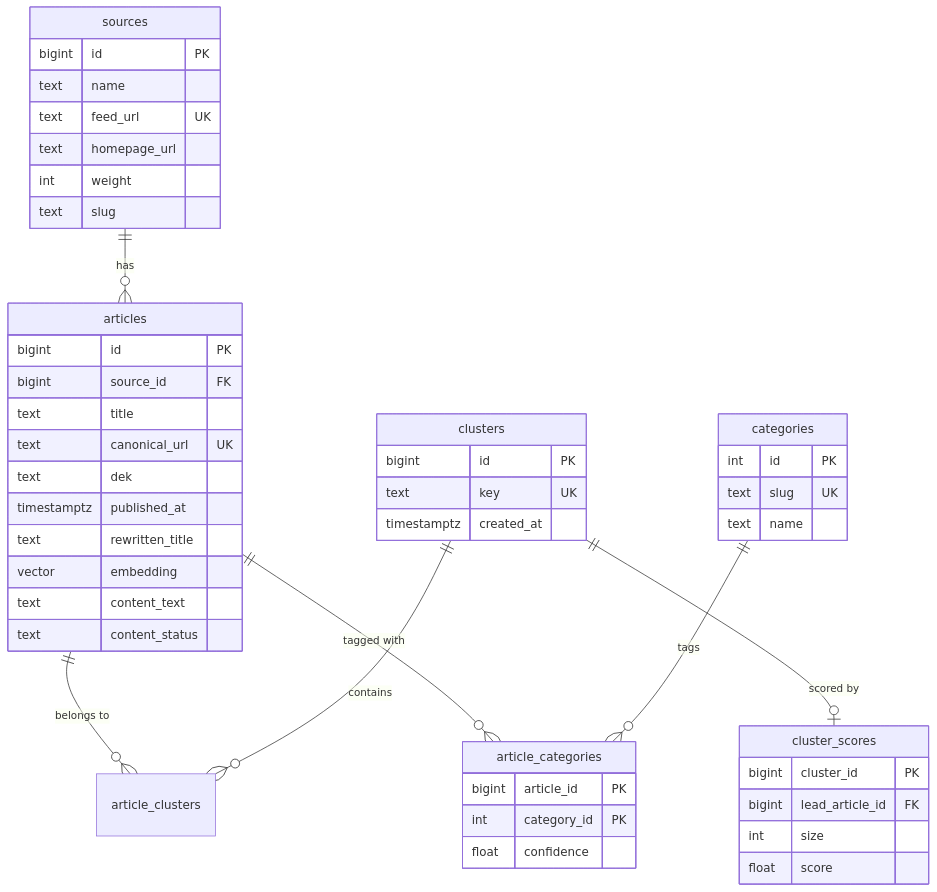
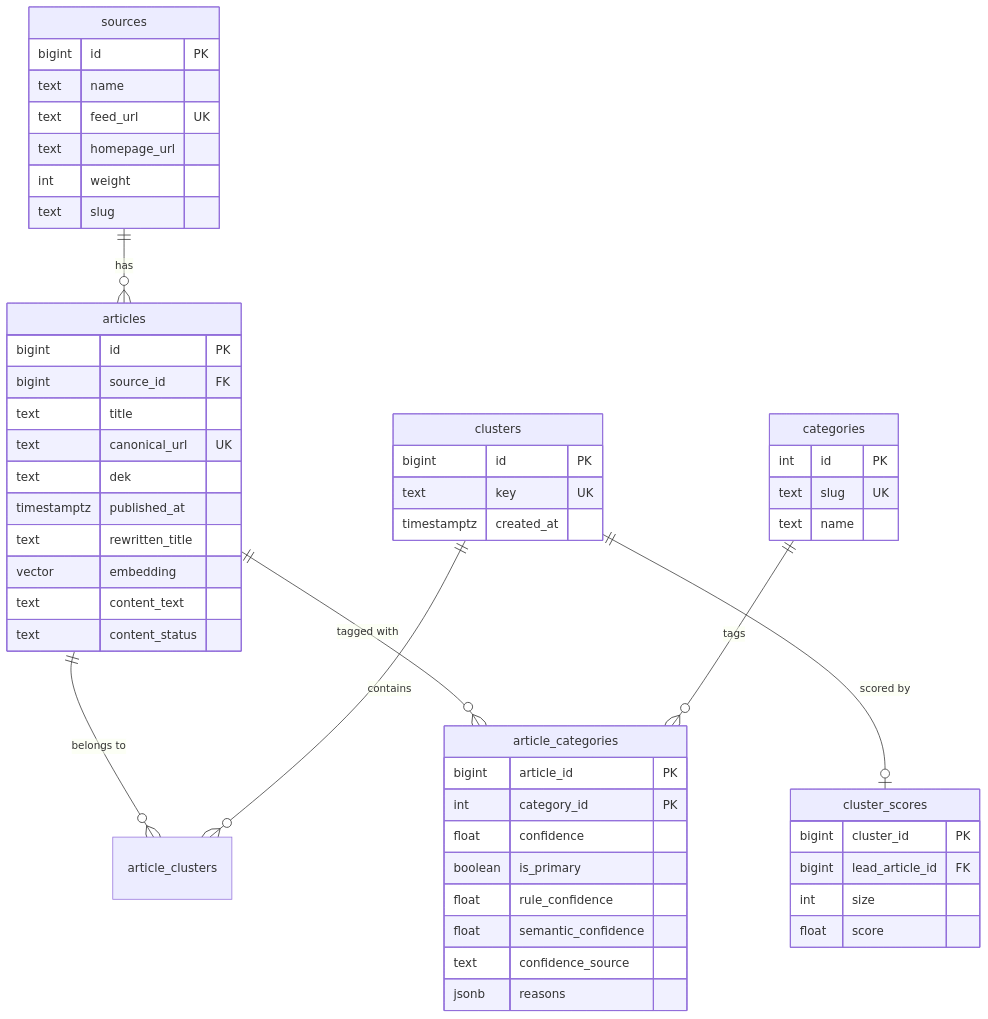
The eighth of 9 diagrams in README.md (dwahbe/climate-river), drawn with Mermaid before and after one commit. The commit also changed 7 other files, not shown here.

````diff
--- a/README.md
+++ b/README.md
@@ -464,56 +464,61 @@
 ```mermaid
 erDiagram
     sources ||--o{ articles : "has"
     articles ||--o{ article_clusters : "belongs to"
     clusters ||--o{ article_clusters : "contains"
     clusters ||--o| cluster_scores : "scored by"
     articles ||--o{ article_categories : "tagged with"
     categories ||--o{ article_categories : "tags"
 
     sources {
         bigint id PK
         text name
         text feed_url UK
         text homepage_url
         int weight
         text slug
     }
 
     articles {
         bigint id PK
         bigint source_id FK
         text title
         text canonical_url UK
         text dek
         timestamptz published_at
         text rewritten_title
         vector embedding
         text content_text
         text content_status
     }
 
     clusters {
         bigint id PK
         text key UK
         timestamptz created_at
     }
 
     cluster_scores {
         bigint cluster_id PK
         bigint lead_article_id FK
         int size
         float score
     }
 
     categories {
         int id PK
         text slug UK
         text name
     }
 
     article_categories {
         bigint article_id PK
         int category_id PK
         float confidence
+        boolean is_primary
+        float rule_confidence
+        float semantic_confidence
+        text confidence_source
+        jsonb reasons
     }
 ```
````
